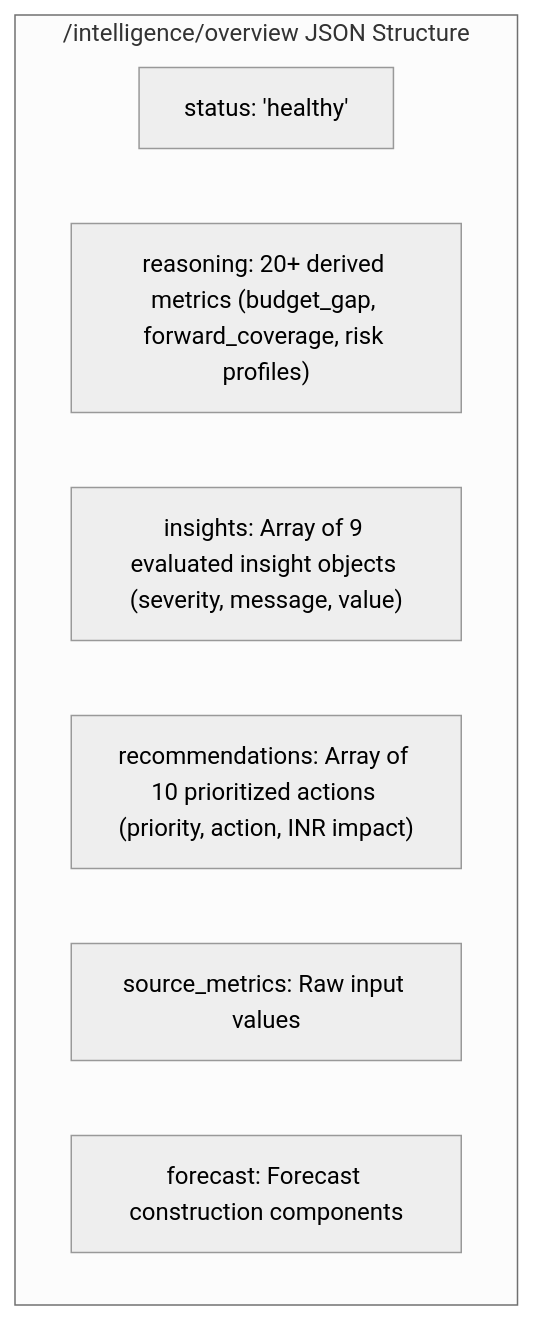
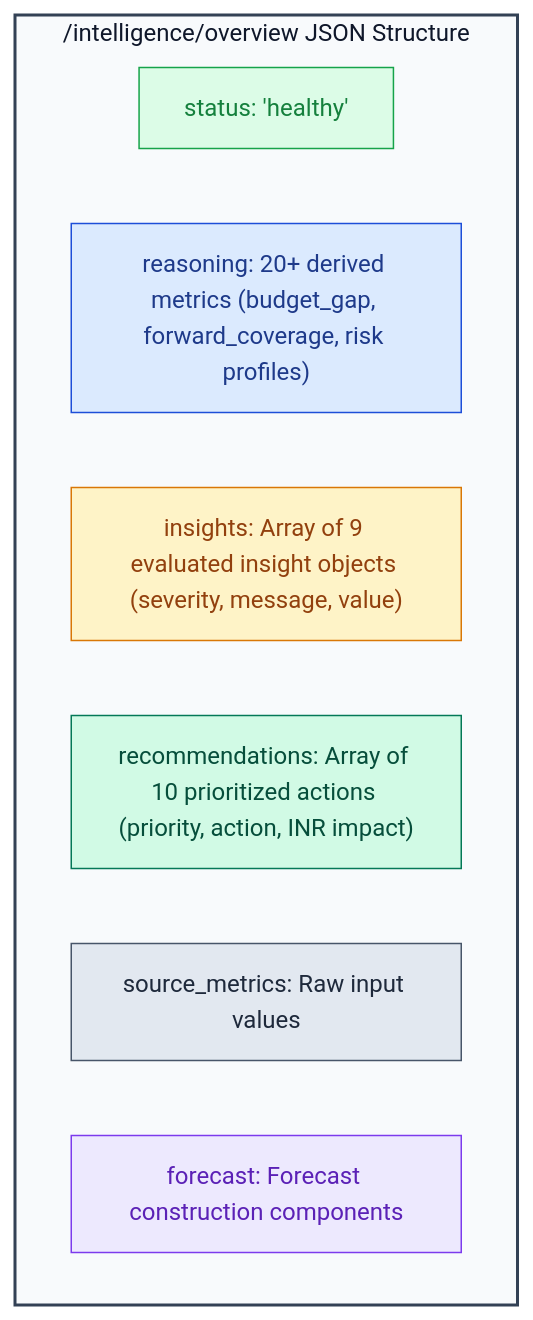
One commit to VED-VIVEK-TALMALEY/x-fin changed the third of 3 diagrams in docs/API.md. Above: the diagram before and after it, drawn with Mermaid (neutral theme). The commit also changed other lines of this file and 6 other files, not shown here.

````diff
--- a/docs/API.md
+++ b/docs/API.md
@@ -123,11 +147,19 @@
 ```mermaid
 flowchart TD
     subgraph Payload["/intelligence/overview JSON Structure"]
         ST["status: 'healthy'"]
         R["reasoning: 20+ derived metrics (budget_gap, forward_coverage, risk profiles)"]
         IN["insights: Array of 9 evaluated insight objects (severity, message, value)"]
         RC["recommendations: Array of 10 prioritized actions (priority, action, INR impact)"]
         SM["source_metrics: Raw input values"]
         FC["forecast: Forecast construction components"]
     end
+
+    style Payload fill:#F8FAFC,stroke:#334155,stroke-width:2px,color:#0F172A
+    style ST fill:#DCFCE7,stroke:#16A34A,stroke-width:1px,color:#15803D
+    style R fill:#DBEAFE,stroke:#1D4ED8,stroke-width:1px,color:#1E3A8A
+    style IN fill:#FEF3C7,stroke:#D97706,stroke-width:1px,color:#92400E
+    style RC fill:#D1FAE5,stroke:#047857,stroke-width:1px,color:#064E3B
+    style SM fill:#E2E8F0,stroke:#475569,stroke-width:1px,color:#1E293B
+    style FC fill:#EDE9FE,stroke:#7C3AED,stroke-width:1px,color:#5B21B6
 ```
````
